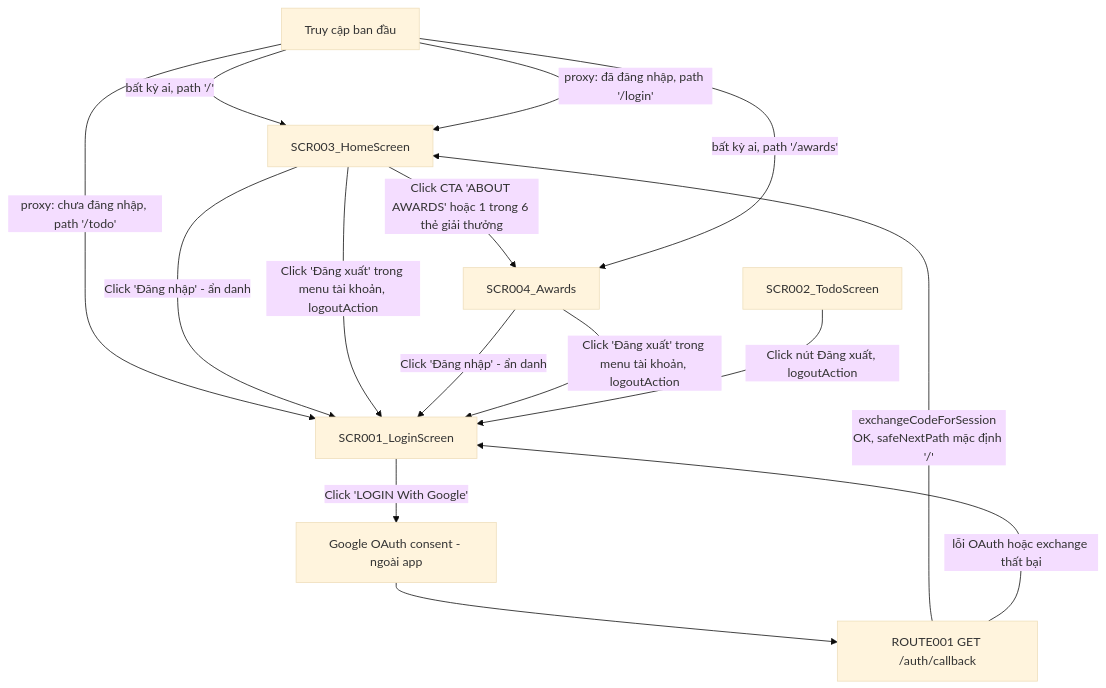
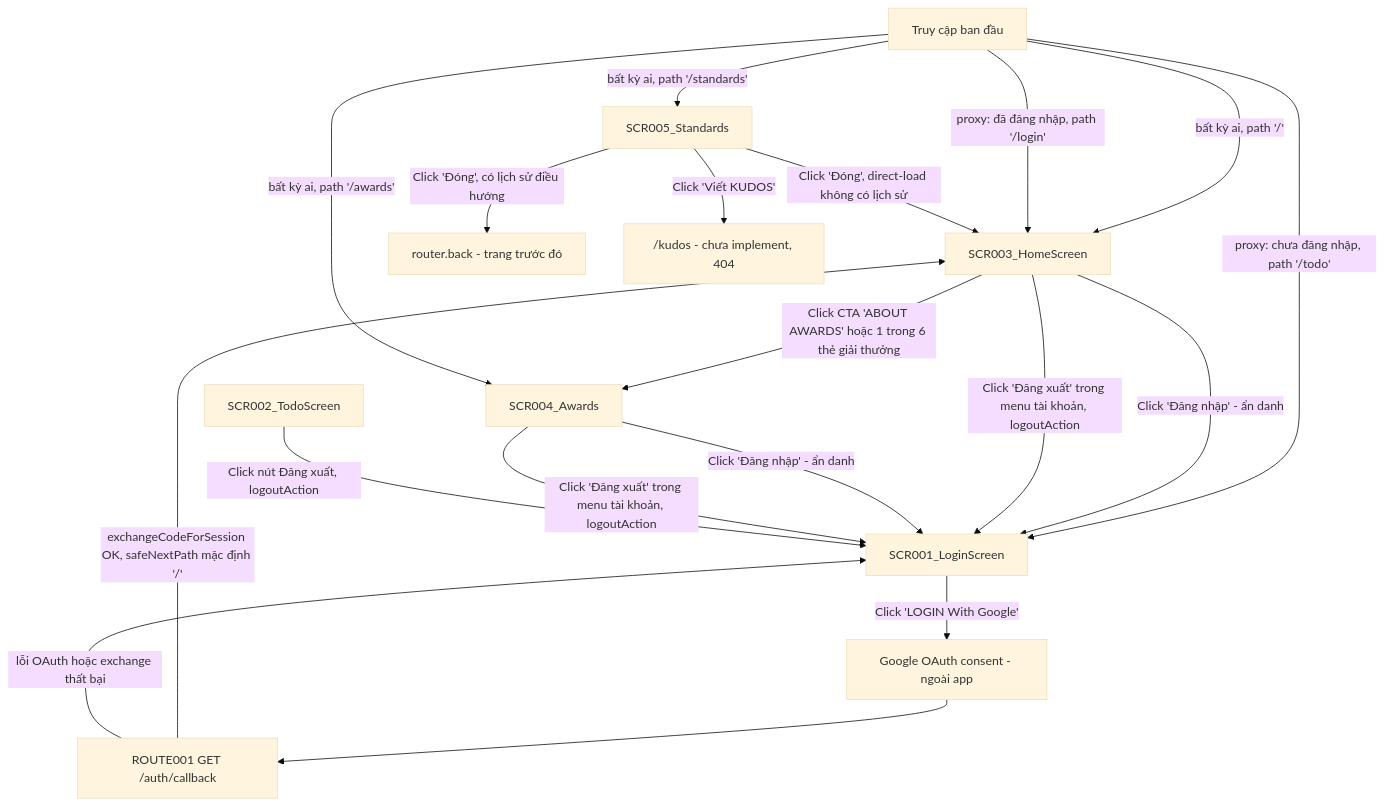
One commit to thangdx-1076/agentic-coding-hands-on changed the first of 2 diagrams in docs/vi/generated/screen-flow.md. Above: the diagram before and after it, drawn with Mermaid (base theme). The commit also changed other lines of this file and 14 other files, not shown here.

````diff
--- a/docs/vi/generated/screen-flow.md
+++ b/docs/vi/generated/screen-flow.md
@@ -11,17 +11,21 @@
 ```mermaid
 graph TD
     Start[Truy cập ban đầu] -->|bất kỳ ai, path '/'| SCR003[SCR003_HomeScreen]
     Start -->|proxy: chưa đăng nhập, path '/todo'| SCR001[SCR001_LoginScreen]
     Start -->|proxy: đã đăng nhập, path '/login'| SCR003
     SCR001 -->|Click 'LOGIN With Google'| Google[Google OAuth consent - ngoài app]
     Google --> ROUTE001[ROUTE001 GET /auth/callback]
     ROUTE001 -->|exchangeCodeForSession OK, safeNextPath mặc định '/'| SCR003
     ROUTE001 -->|lỗi OAuth hoặc exchange thất bại| SCR001
     SCR003 -->|Click 'Đăng nhập' - ẩn danh| SCR001
     SCR003 -->|Click 'Đăng xuất' trong menu tài khoản, logoutAction| SCR001
     SCR003 -->|Click CTA 'ABOUT AWARDS' hoặc 1 trong 6 thẻ giải thưởng| SCR004[SCR004_Awards]
     Start -->|bất kỳ ai, path '/awards'| SCR004
     SCR004 -->|Click 'Đăng nhập' - ẩn danh| SCR001
     SCR004 -->|Click 'Đăng xuất' trong menu tài khoản, logoutAction| SCR001
     SCR002[SCR002_TodoScreen] -->|Click nút Đăng xuất, logoutAction| SCR001
+    Start -->|bất kỳ ai, path '/standards'| SCR005[SCR005_Standards]
+    SCR005 -->|Click 'Đóng', có lịch sử điều hướng| Back["router.back - trang trước đó"]
+    SCR005 -->|Click 'Đóng', direct-load không có lịch sử| SCR003
+    SCR005 -->|Click 'Viết KUDOS'| Kudos["/kudos - chưa implement, 404"]
 ```
````
